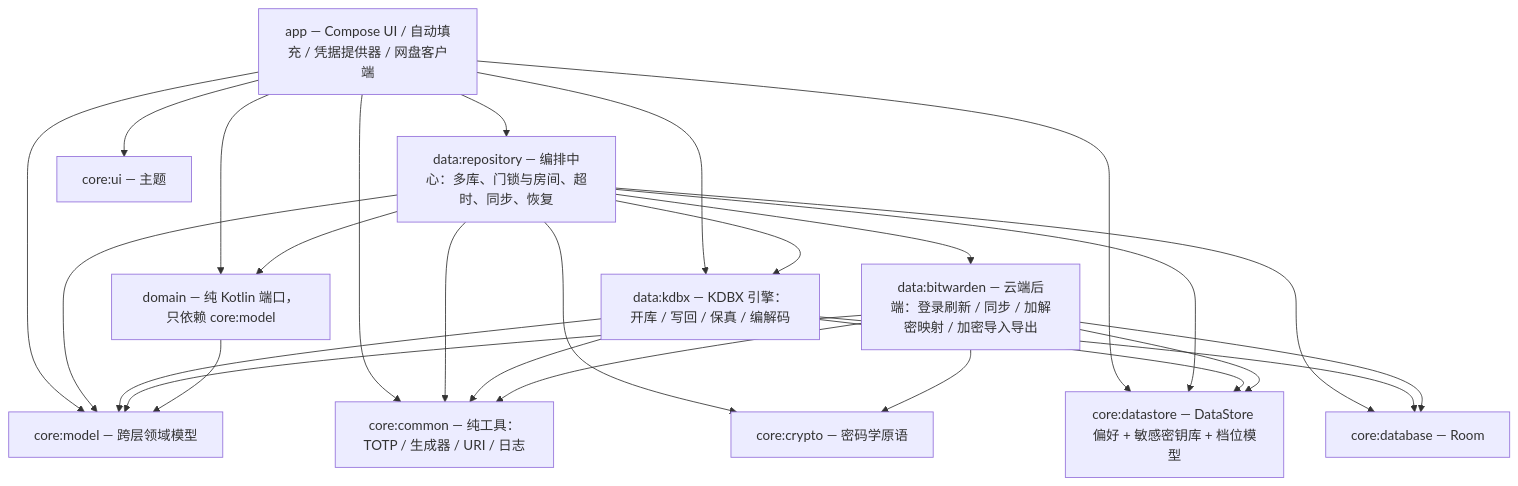
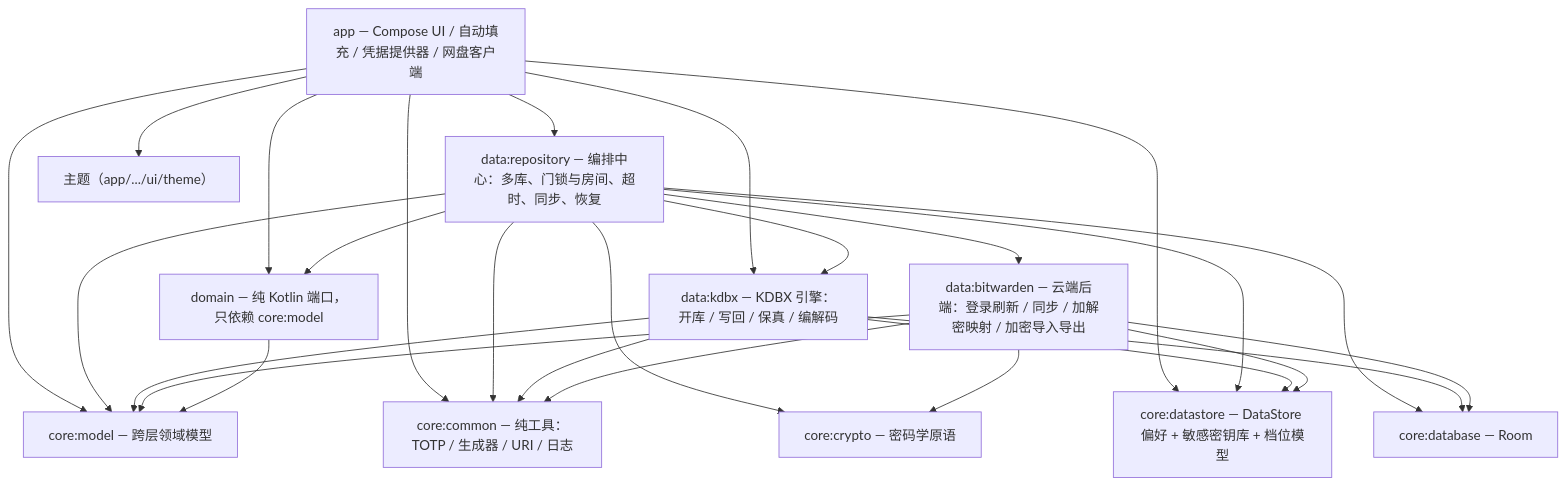
Before and after one commit to Chaniug/Vaultix: the first of 2 diagrams in .ai/conventions/8.10-架构与目录地图.md, drawn with Mermaid. The commit also changed other lines of this file and 13 other files, not shown here.

````diff
--- a/.ai/conventions/8.10-架构与目录地图.md
+++ b/.ai/conventions/8.10-架构与目录地图.md
@@ -38,40 +38,40 @@
 ```mermaid
 graph TD
     app["app — Compose UI / 自动填充 / 凭据提供器 / 网盘客户端"]
     repo["data:repository — 编排中心：多库、门锁与房间、超时、同步、恢复"]
     bwd["data:bitwarden — 云端后端：登录刷新 / 同步 / 加解密映射 / 加密导入导出"]
     kdbx["data:kdbx — KDBX 引擎：开库 / 写回 / 保真 / 编解码"]
     dom["domain — 纯 Kotlin 端口，只依赖 core:model"]
     cm["core:model — 跨层领域模型"]
     cc["core:crypto — 密码学原语"]
     ccom["core:common — 纯工具：TOTP / 生成器 / URI / 日志"]
-    cui["core:ui — 主题"]
+    cui["主题（app/.../ui/theme）"]
     cdb["core:database — Room"]
     cds["core:datastore — DataStore 偏好 + 敏感密钥库 + 档位模型"]
 
     dom --> cm
     bwd --> cm
     bwd --> cc
     bwd --> ccom
     bwd --> cdb
     bwd --> cds
     kdbx --> cm
     kdbx --> ccom
     kdbx --> cdb
     kdbx --> cds
     repo --> dom
     repo --> cm
     repo --> cc
     repo --> ccom
     repo --> cdb
     repo --> cds
     repo --> bwd
     repo --> kdbx
     app --> dom
     app --> cm
     app --> ccom
     app --> cui
     app --> cds
     app --> kdbx
     app --> repo
 ```
````
